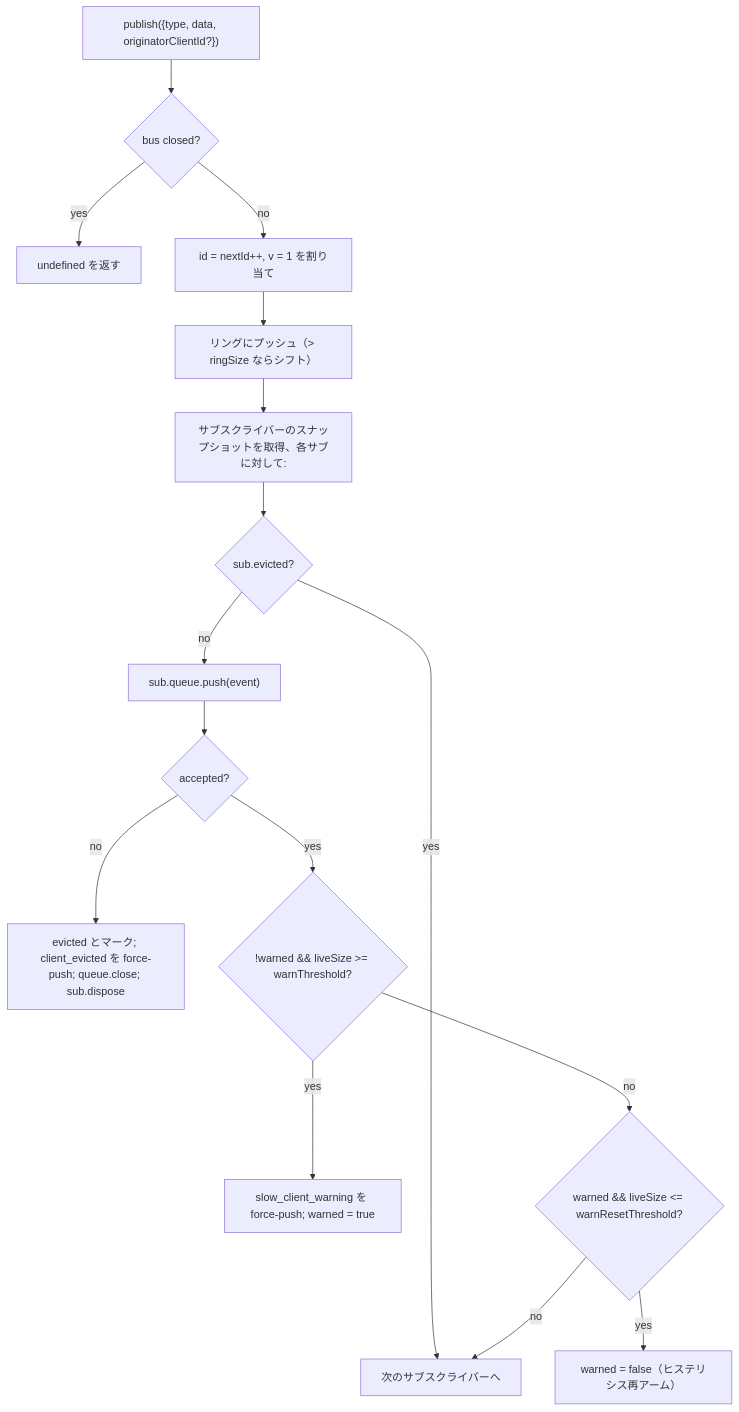
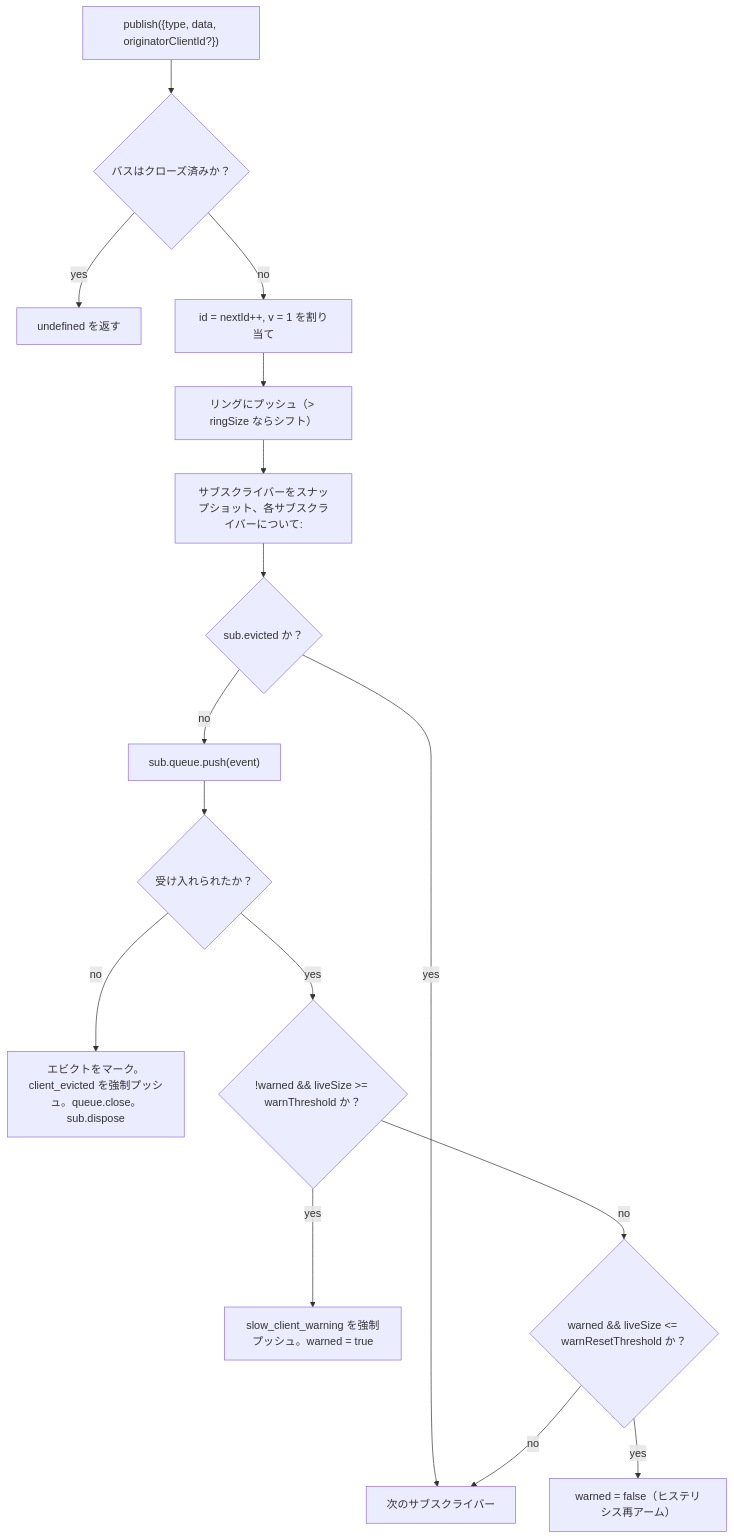
The first of 2 diagrams in website/content/ja/developers/daemon/10-event-bus.md (QwenLM/qwen-code-docs), drawn with Mermaid before and after one commit. The commit also changed other lines of this file and 162 other files, not shown here.

````diff
--- a/website/content/ja/developers/daemon/10-event-bus.md
+++ b/website/content/ja/developers/daemon/10-event-bus.md
@@ -69,18 +70,18 @@
 ```mermaid
 flowchart TD
-    P["publish({type, data, originatorClientId?})"] --> C{"bus closed?"}
+    P["publish({type, data, originatorClientId?})"] --> C{"バスはクローズ済みか？"}
     C -->|yes| RU["undefined を返す"]
     C -->|no| AID["id = nextId++, v = 1 を割り当て"]
     AID --> PR["リングにプッシュ（> ringSize ならシフト）"]
-    PR --> FAN["サブスクライバーのスナップショットを取得、各サブに対して:"]
-    FAN --> EVCK{"sub.evicted?"}
-    EVCK -->|yes| NEXT[次のサブスクライバーへ]
+    PR --> FAN["サブスクライバーをスナップショット、各サブスクライバーについて:"]
+    FAN --> EVCK{"sub.evicted か？"}
+    EVCK -->|yes| NEXT[次のサブスクライバー]
     EVCK -->|no| PUSH["sub.queue.push(event)"]
-    PUSH --> OK{"accepted?"}
-    OK -->|no| EVICT["evicted とマーク; client_evicted を force-push; queue.close; sub.dispose"]
-    OK -->|yes| WARN{"!warned && liveSize >= warnThreshold?"}
-    WARN -->|yes| FW["slow_client_warning を force-push; warned = true"]
-    WARN -->|no| RES{"warned && liveSize <= warnResetThreshold?"}
+    PUSH --> OK{"受け入れられたか？"}
+    OK -->|no| EVICT["エビクトをマーク。client_evicted を強制プッシュ。queue.close。sub.dispose"]
+    OK -->|yes| WARN{"!warned && liveSize >= warnThreshold か？"}
+    WARN -->|yes| FW["slow_client_warning を強制プッシュ。warned = true"]
+    WARN -->|no| RES{"warned && liveSize <= warnResetThreshold か？"}
     RES -->|yes| RA["warned = false（ヒステリシス再アーム）"]
     RES -->|no| NEXT
 ```
````
